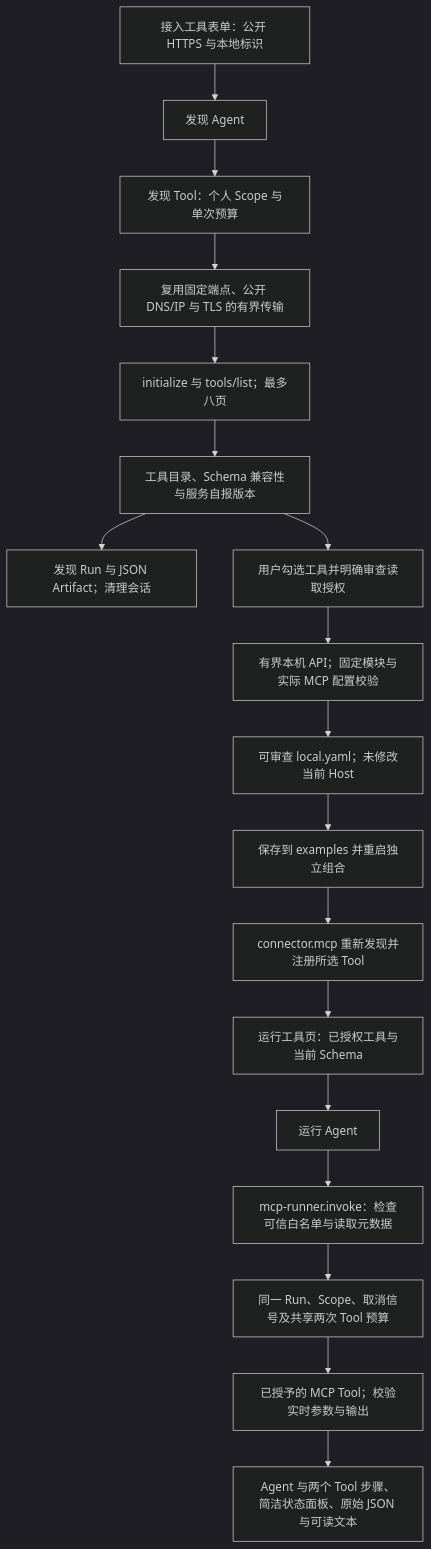
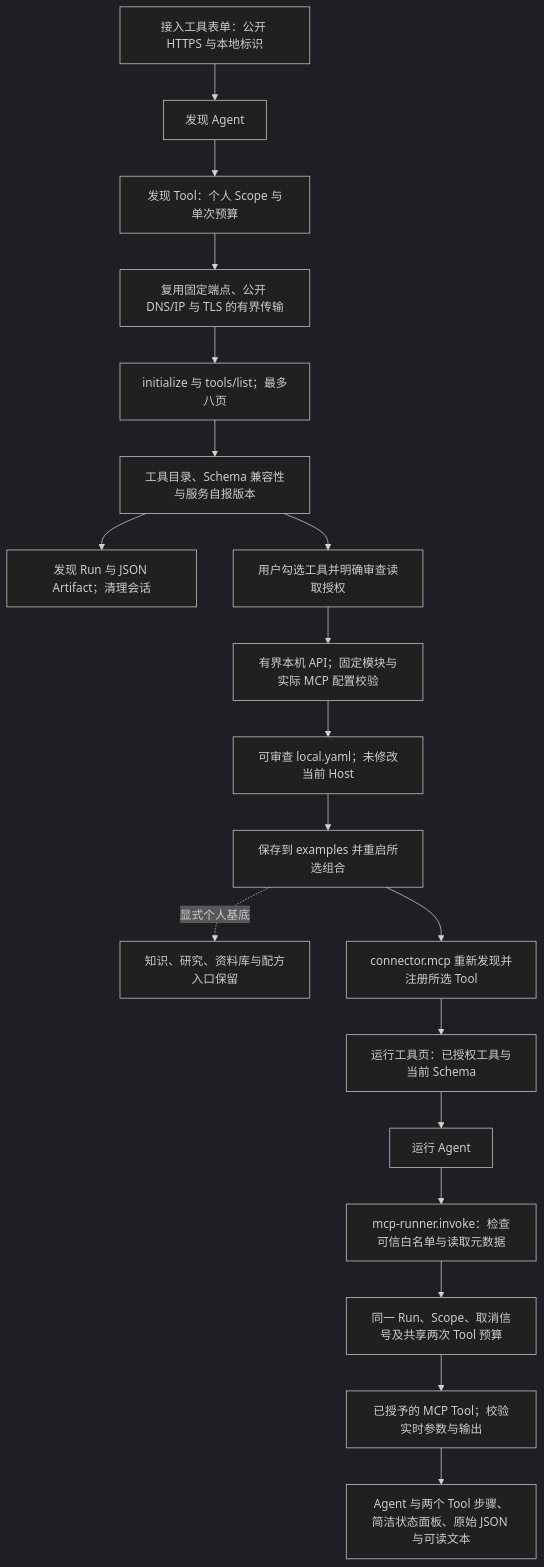
One commit to KlayPeter/AI-Delivery-Ops-Agent changed the diagram in backend/src/connectors/mcp-workbench/FEATURE.md. Above: the diagram before and after it, drawn with Mermaid (dark theme). The commit also changed other lines of this file and 20 other files, not shown here.

````diff
--- a/backend/src/connectors/mcp-workbench/FEATURE.md
+++ b/backend/src/connectors/mcp-workbench/FEATURE.md
@@ -23,20 +23,21 @@
 ```mermaid
 flowchart TD
     UI[接入工具表单：公开 HTTPS 与本地标识] --> IA[发现 Agent]
     IA --> IT[发现 Tool：个人 Scope 与单次预算]
     IT --> NET[复用固定端点、公开 DNS/IP 与 TLS 的有界传输]
     NET --> META[initialize 与 tools/list；最多八页]
     META --> CATALOG[工具目录、Schema 兼容性与服务自报版本]
     CATALOG --> HIST[发现 Run 与 JSON Artifact；清理会话]
     CATALOG --> REVIEW[用户勾选工具并明确审查读取授权]
     REVIEW --> EXPORT[有界本机 API；固定模块与实际 MCP 配置校验]
     EXPORT --> YAML[可审查 local.yaml；未修改当前 Host]
-    YAML --> RESTART[保存到 examples 并重启独立组合]
+    YAML --> RESTART[保存到 examples 并重启所选组合]
+    RESTART -. 显式个人基底 .-> PERSONAL[知识、研究、资料库与配方入口保留]
     RESTART --> CONNECTOR[connector.mcp 重新发现并注册所选 Tool]
     CONNECTOR --> RUNNER[运行工具页：已授权工具与当前 Schema]
     RUNNER --> RA[运行 Agent]
     RA --> ROUTE[mcp-runner.invoke：检查可信白名单与读取元数据]
     ROUTE --> GATE[同一 Run、Scope、取消信号及共享两次 Tool 预算]
     GATE --> CALL[已授予的 MCP Tool；校验实时参数与输出]
     CALL --> RESULT[Agent 与两个 Tool 步骤、简洁状态面板、原始 JSON 与可读文本]
 ```
````
